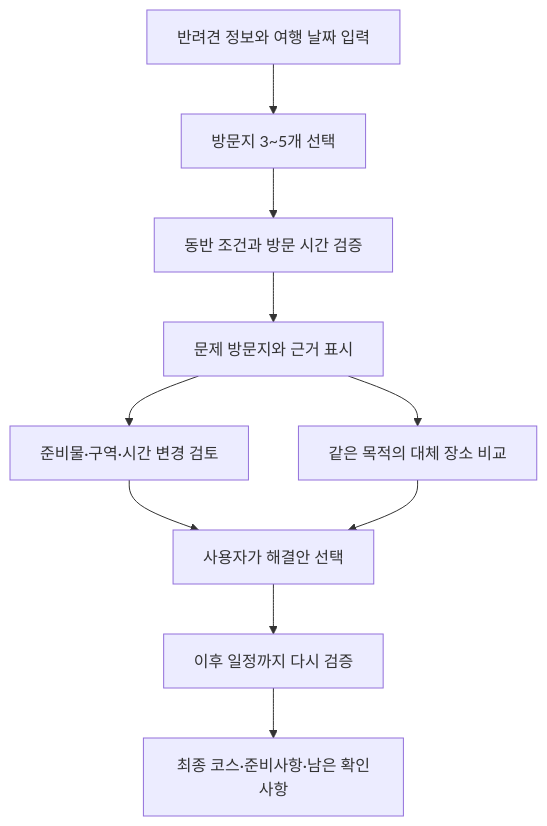
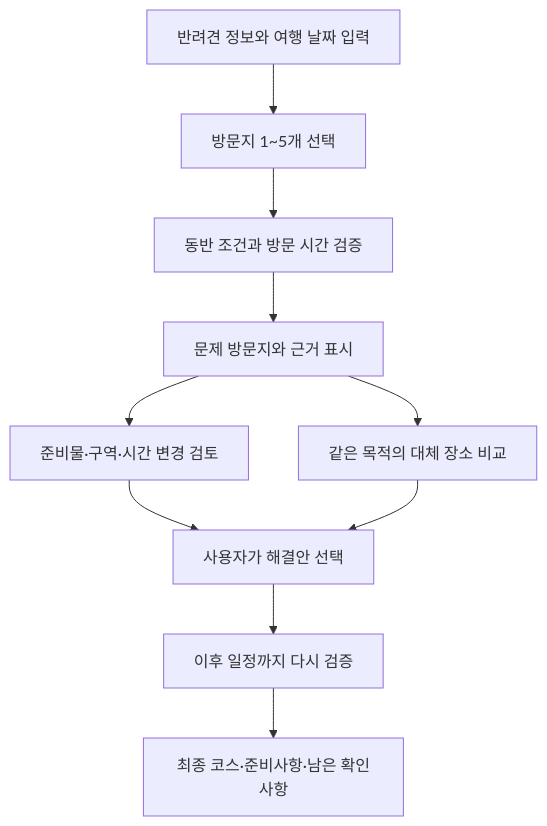
One commit to MySonIsSoldier/pawproof changed the diagram in docs/product/PRODUCT_PLAN.md. Above: the diagram before and after it, drawn with Mermaid. The commit also changed other lines of this file and 33 other files, not shown here.

````diff
--- a/docs/product/PRODUCT_PLAN.md
+++ b/docs/product/PRODUCT_PLAN.md
@@ -56,12 +56,12 @@
 ```mermaid
 flowchart TD
-    A[반려견 정보와 여행 날짜 입력] --> B[방문지 3~5개 선택]
+    A[반려견 정보와 여행 날짜 입력] --> B[방문지 1~5개 선택]
     B --> C[동반 조건과 방문 시간 검증]
     C --> D[문제 방문지와 근거 표시]
     D --> E[준비물·구역·시간 변경 검토]
     D --> F[같은 목적의 대체 장소 비교]
     E --> G[사용자가 해결안 선택]
     F --> G
     G --> H[이후 일정까지 다시 검증]
     H --> I[최종 코스·준비사항·남은 확인사항]
 ```
````
